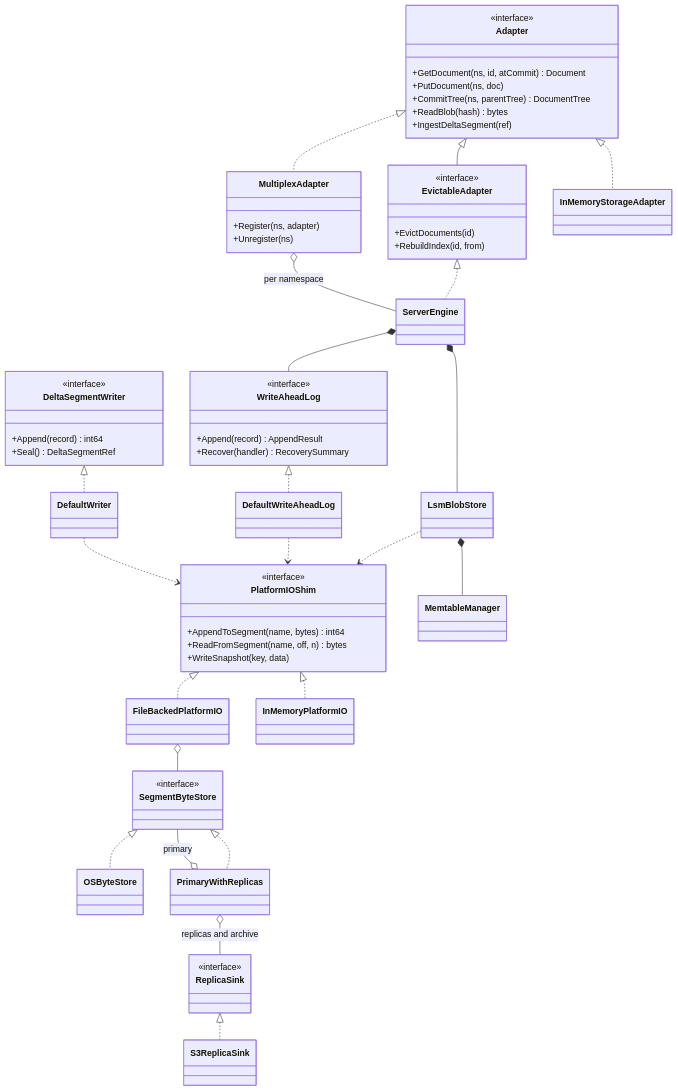
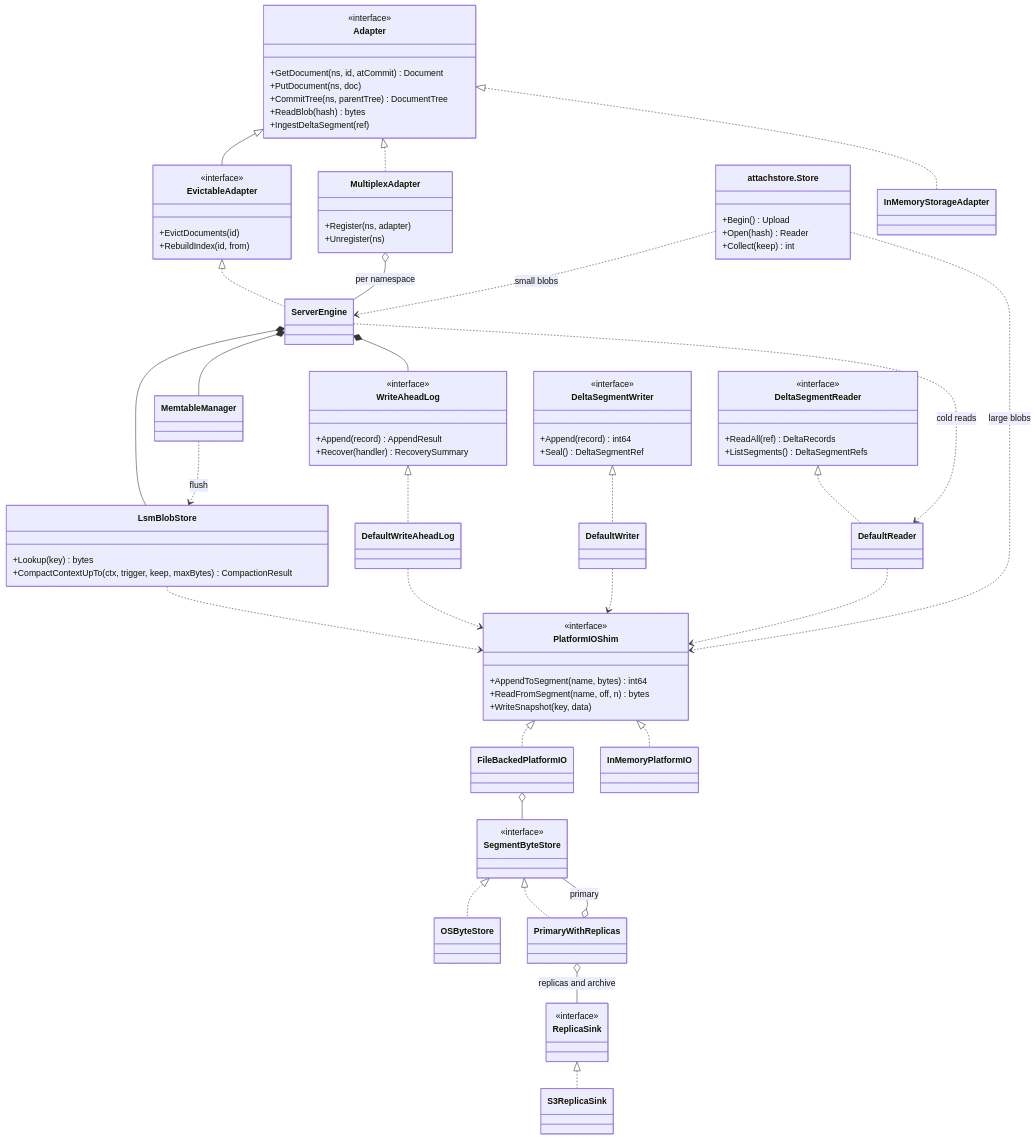
One commit to dbeasty/kdb changed the seventh of 13 diagrams in docs/kdb-class-design.md. Above: the diagram before and after it, drawn with Mermaid. The commit also changed other lines of this file and 36 other files, not shown here.

First line of the commit message:
docs: refresh class design and flows against main of 2026-10-23

```diff
--- a/docs/kdb-class-design.md
+++ b/docs/kdb-class-design.md
@@ -1074,6 +1498,11 @@
     +Append(record) int64
     +Seal() DeltaSegmentRef
   }
+  class DeltaSegmentReader {
+    <<interface>>
+    +ReadAll(ref) DeltaRecords
+    +ListSegments() DeltaSegmentRefs
+  }
   class PlatformIOShim {
     <<interface>>
     +AppendToSegment(name, bytes) int64
@@ -1086,6 +1515,15 @@
   class ReplicaSink {
     <<interface>>
   }
+  class LsmBlobStore {
+    +Lookup(key) bytes
+    +CompactContextUpTo(ctx, trigger, keep, maxBytes) CompactionResult
+  }
+  class AttachStore["attachstore.Store"] {
+    +Begin() Upload
+    +Open(hash) Reader
+    +Collect(keep) int
+  }
   Adapter <|-- EvictableAdapter
   EvictableAdapter <|.. ServerEngine
   Adapter <|.. MultiplexAdapter
@@ -1093,12 +1531,18 @@
   MultiplexAdapter o-- ServerEngine : per namespace
   ServerEngine *-- WriteAheadLog
   ServerEngine *-- LsmBlobStore
-  LsmBlobStore *-- MemtableManager
+  ServerEngine *-- MemtableManager
+  MemtableManager ..> LsmBlobStore : flush
   LsmBlobStore ..> PlatformIOShim
   WriteAheadLog <|.. DefaultWriteAheadLog
   DefaultWriteAheadLog ..> PlatformIOShim
   DeltaSegmentWriter <|.. DefaultWriter
+  DeltaSegmentReader <|.. DefaultReader
   DefaultWriter ..> PlatformIOShim
+  DefaultReader ..> PlatformIOShim
+  ServerEngine ..> DefaultReader : cold reads
+  AttachStore ..> PlatformIOShim : large blobs
+  AttachStore ..> ServerEngine : small blobs
   PlatformIOShim <|.. FileBackedPlatformIO
   PlatformIOShim <|.. InMemoryPlatformIO
   FileBackedPlatformIO o-- SegmentByteStore
```
